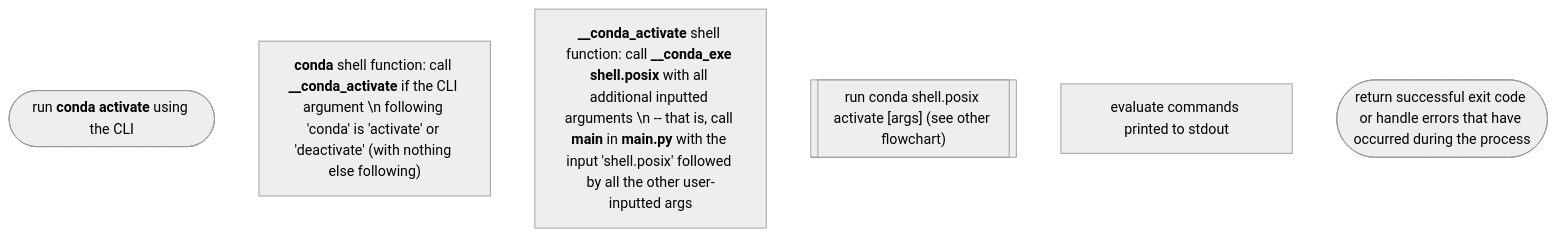
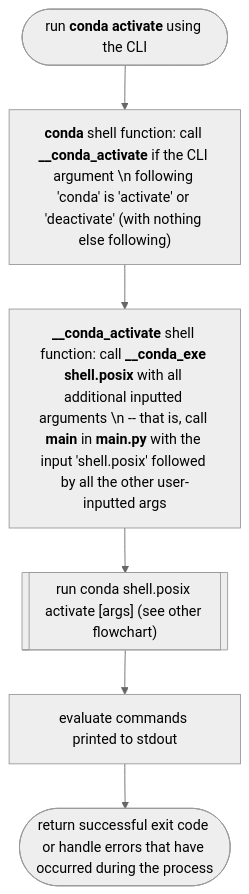
The second of 2 diagrams in conda/shell/README.md (kalawac/conda), drawn with Mermaid (neutral theme) before and after one commit.

Commit message:
updating connections of CLI flowchart

````diff
--- a/conda/shell/README.md
+++ b/conda/shell/README.md
@@ -154,15 +154,21 @@
 ```mermaid
 %%{init: {"flowchart": {"htmlLabels": false}} }%%
 flowchart TD
 	start(["`run **conda activate** using the CLI`"])
 
 	m1["`**conda** shell function: call **__conda_activate** if the CLI argument \n following 'conda' is 'activate' or 'deactivate' (with nothing else following)`"]
 	
 	m2["`**__conda_activate** shell function: call **__conda_exe shell.posix** with all additional inputted arguments \n -- that is, call **main** in **main.py** with the input 'shell.posix' followed by all the other user-inputted args`"]
 
 	m3[["`run conda shell.posix activate [args] (see other flowchart)`"]]
 
 	m4["`evaluate commands printed to stdout`"]
 
 	End1(["`return successful exit code or handle errors that have occurred during the process`"])
+
+	start --> m1
+	m1 --> m2
+	m2 --> m3
+	m3 --> m4
+	m4 --> End1
 ```
````
